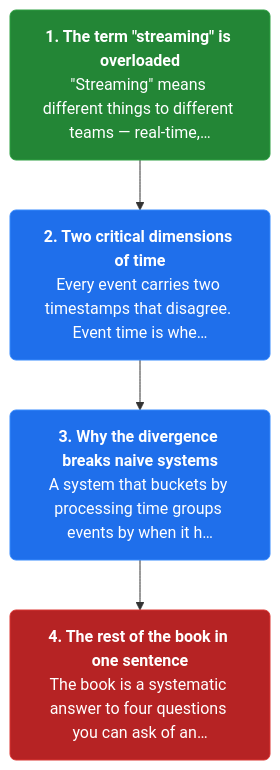
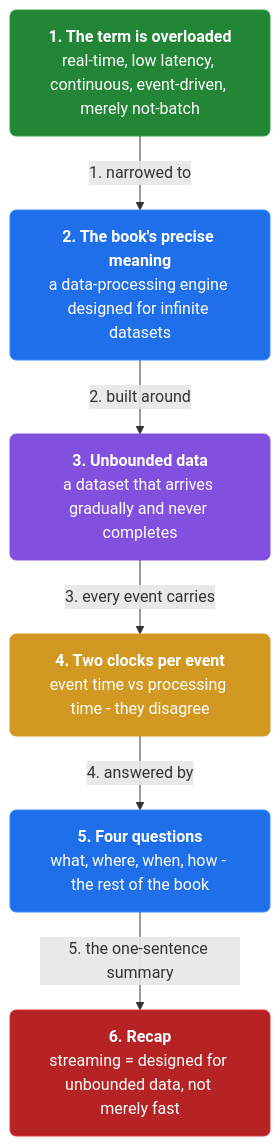
Before and after one commit to vinayakuber/streaming-systems-study-guide: the first of 19 diagrams in docs/ch01-streaming-101.md, drawn with Mermaid. The commit also changed other lines of this file and 12 other files, not shown here.

First line of the commit message:
Author per-section and per-card mermaid diagrams (110 diagrams)

````diff
--- a/docs/ch01-streaming-101.md
+++ b/docs/ch01-streaming-101.md
@@ -13,13 +13,19 @@
 ```mermaid
 flowchart TD
-  classDef step fill:#1f6feb,color:#ffffff,stroke:#388bfd,stroke-width:1px,rx:6
+  classDef step fill:#1f6feb,color:#ffffff,stroke:#388bfd,rx:6
+  classDef core fill:#8250df,color:#ffffff,stroke:#8250df,rx:6
+  classDef warn fill:#d29922,color:#ffffff,stroke:#d29922,rx:6
   classDef start fill:#238636,color:#ffffff,stroke:#2ea043,rx:6
   classDef stop fill:#b62324,color:#ffffff,stroke:#da3633,rx:6
-  s0n0["<b>1. The term #quot;streaming#quot; is overloaded</b><br/>#quot;Streaming#quot; means different things to different teams — real-time,…"]:::start
-  s0n1["<b>2. Two critical dimensions of time</b><br/>Every event carries two timestamps that disagree. Event time is whe…"]:::step
-  s0n2["<b>3. Why the divergence breaks naive systems</b><br/>A system that buckets by processing time groups events by when it h…"]:::step
-  s0n3["<b>4. The rest of the book in one sentence</b><br/>The book is a systematic answer to four questions you can ask of an…"]:::stop
-  s0n0 --> s0n1
-  s0n1 --> s0n2
-  s0n2 --> s0n3
+  n0["<b>1. The term is overloaded</b><br/>real-time, low latency, continuous, event-driven, merely not-batch"]:::start
+  n1["<b>2. The book's precise meaning</b><br/>a data-processing engine designed for infinite datasets"]:::step
+  n2["<b>3. Unbounded data</b><br/>a dataset that arrives gradually and never completes"]:::core
+  n3["<b>4. Two clocks per event</b><br/>event time vs processing time - they disagree"]:::warn
+  n4["<b>5. Four questions</b><br/>what, where, when, how - the rest of the book"]:::step
+  n5["<b>6. Recap</b><br/>streaming = designed for unbounded data, not merely fast"]:::stop
+  n0 -->|"1. narrowed to"| n1
+  n1 -->|"2. built around"| n2
+  n2 -->|"3. every event carries"| n3
+  n3 -->|"4. answered by"| n4
+  n4 -->|"5. the one-sentence summary"| n5
 ```
````
